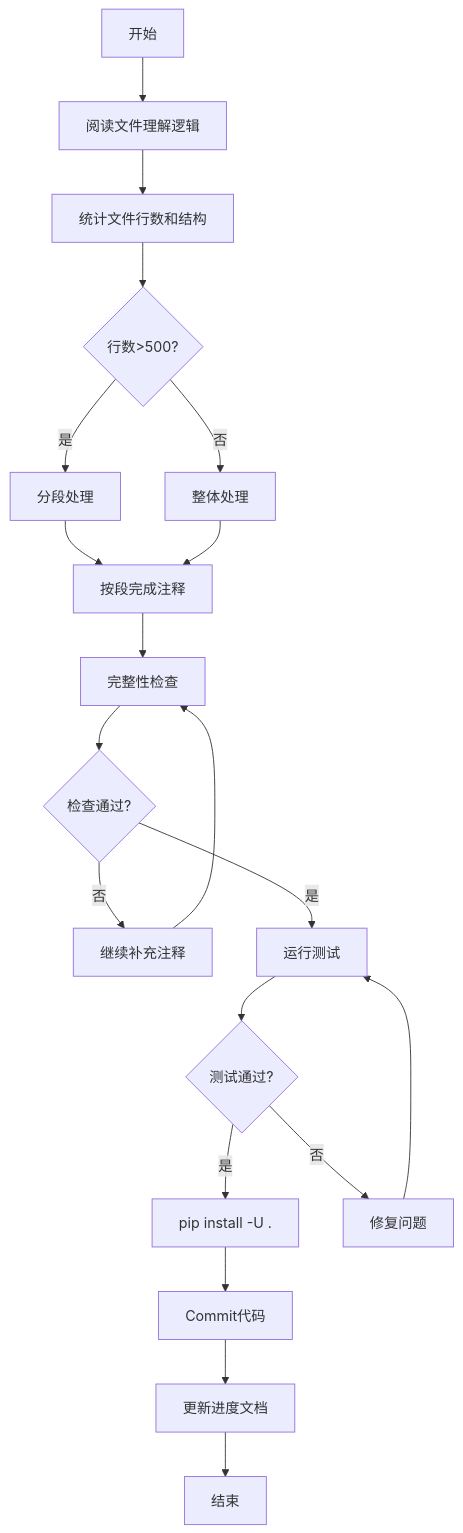
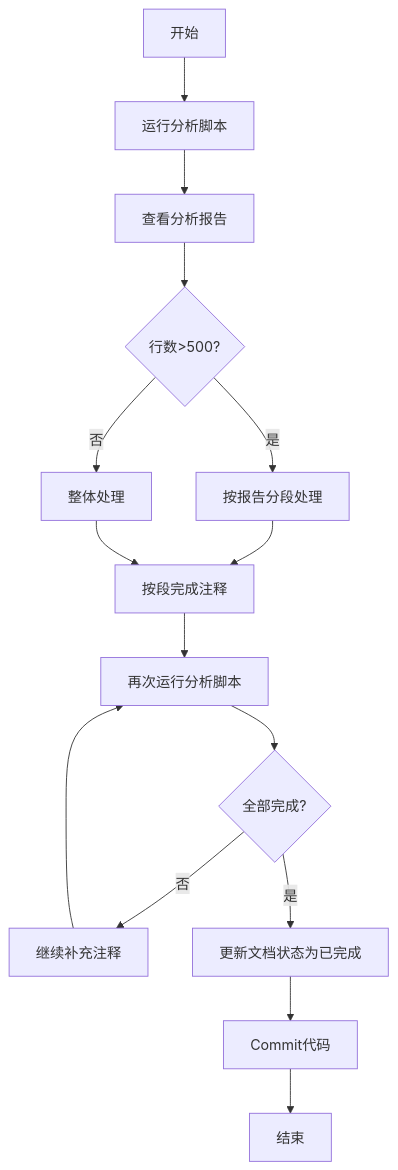
The diagram in docs/优化需求/迭代43-优化注释形成项目文档.md (cloudQuant/backtrader), drawn with Mermaid before and after one commit. The commit also changed other lines of this file and 6 other files, not shown here.

````diff
--- a/docs/优化需求/迭代43-优化注释形成项目文档.md
+++ b/docs/优化需求/迭代43-优化注释形成项目文档.md
@@ -283,22 +301,17 @@
 ```mermaid
 graph TD
-    A[开始] --> B[阅读文件理解逻辑]
-    B --> C[统计文件行数和结构]
+    A[开始] --> B[运行分析脚本]
+    B --> C[查看分析报告]
     C --> D{行数>500?}
-    D -->|是| E[分段处理]
+    D -->|是| E[按报告分段处理]
     D -->|否| F[整体处理]
     E --> G[按段完成注释]
     F --> G
-    G --> H[完整性检查]
-    H --> I{检查通过?}
+    G --> H[再次运行分析脚本]
+    H --> I{全部完成?}
     I -->|否| J[继续补充注释]
     J --> H
-    I -->|是| K[运行测试]
-    K --> L{测试通过?}
-    L -->|是| M[pip install -U .]
-    L -->|否| N[修复问题]
-    N --> K
-    M --> O[Commit代码]
-    O --> P[更新进度文档]
-    P --> Q[结束]
+    I -->|是| K[更新文档状态为已完成]
+    K --> L[Commit代码]
+    L --> M[结束]
 ```
````
